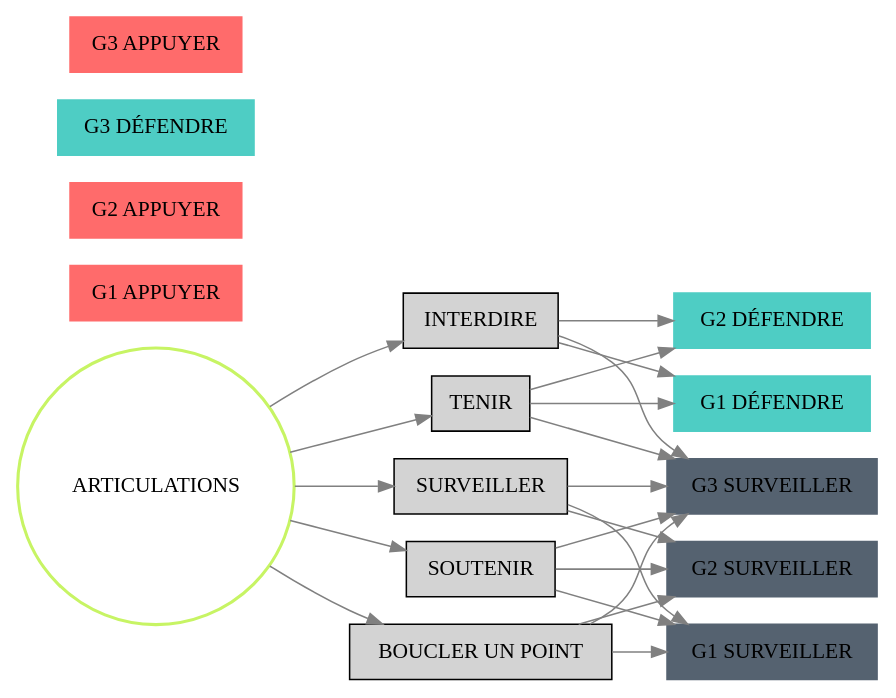
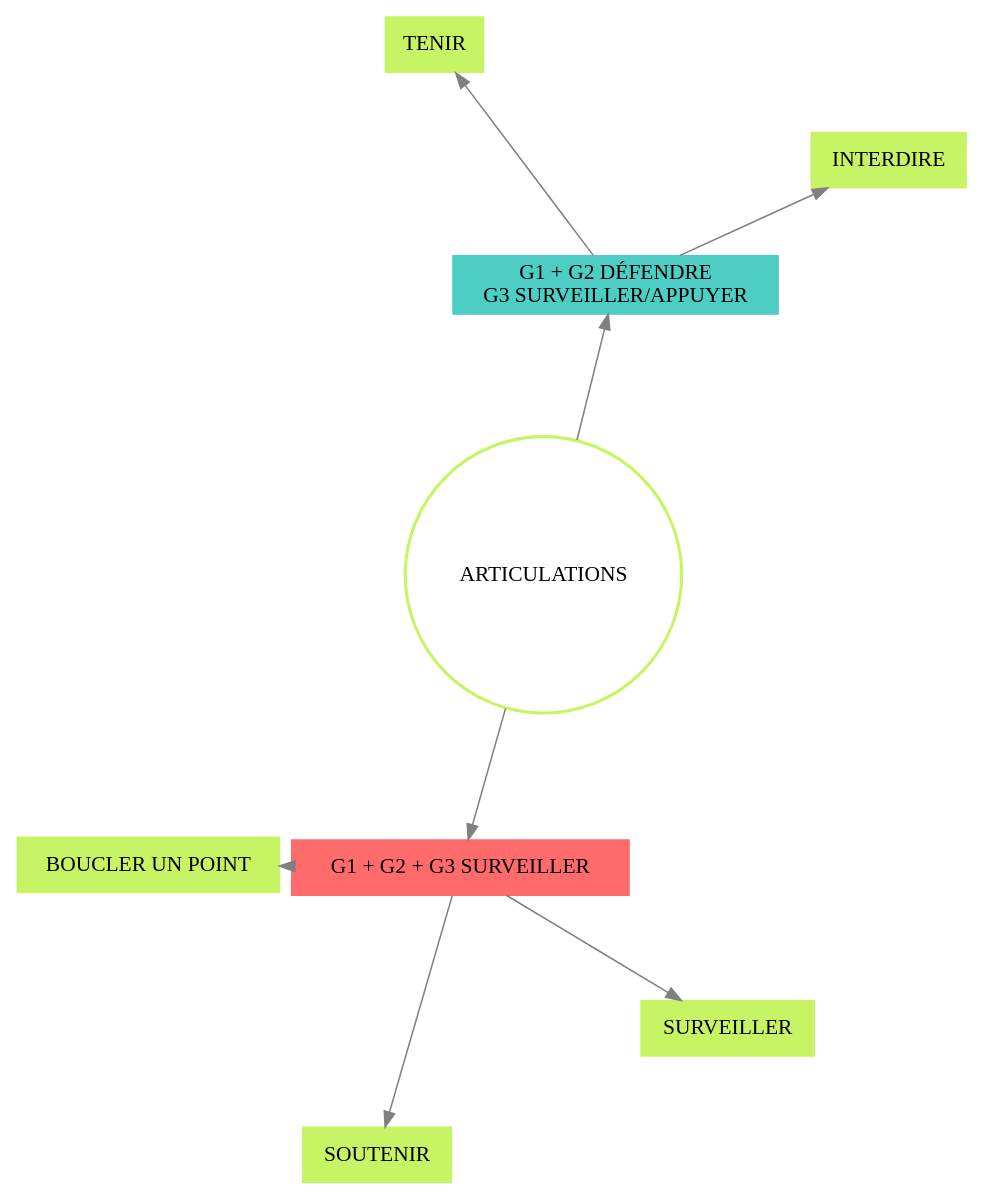
Before and after one commit to FG-2/FG-2.github.io: the diagram in Combat/Section proterre/Missions/01_articulations.dot, drawn with Graphviz. The commit also changed 11 other files, not shown here.

```diff
--- a/Combat/Section proterre/Missions/01_articulations.dot
+++ b/Combat/Section proterre/Missions/01_articulations.dot
@@ -1,38 +1,28 @@
 digraph {
 
-    graph [ layout = dot, rankdir = "LR"]
+    graph [ layout = neato, overlap=false]
     node [shape = rectangle, style = bold]
     edge [color = grey]
     
     ARTICULATIONS [shape = circle, color = "#C7F464"]
     
     node [style = filled]
-    // GOLF 1
-    "G1 DÉFENDRE"       [ color = "#4ECDC4"]
-    "G1 APPUYER"        [ color = "#FF6B6B"]
-    "G1 SURVEILLER"     [ color = "#556270"]
     
     // GOLF 2
-    "G2 DÉFENDRE"       [ color = "#4ECDC4"]
-    "G2 APPUYER"        [ color = "#FF6B6B"]
-    "G2 SURVEILLER"     [ color = "#556270"]
+    "G1 + G2 DÉFENDRE\nG3 SURVEILLER/APPUYER"   [ color = "#4ECDC4"]
+    "G1 + G2 + G3 SURVEILLER"                   [ color = "#FF6B6B"]
     
-    // GOLF 3
-    "G3 DÉFENDRE"       [ color = "#4ECDC4"]
-    "G3 APPUYER"        [ color = "#FF6B6B"]
-    "G3 SURVEILLER"     [ color = "#556270"]
+    ARTICULATIONS -> "G1 + G2 DÉFENDRE\nG3 SURVEILLER/APPUYER"
+    ARTICULATIONS -> "G1 + G2 + G3 SURVEILLER"
     
-    ARTICULATIONS -> TENIR
-    ARTICULATIONS -> INTERDIRE
-    ARTICULATIONS -> SURVEILLER
-    ARTICULATIONS -> SOUTENIR
-    ARTICULATIONS -> "BOUCLER UN POINT"
+    "G1 + G2 DÉFENDRE\nG3 SURVEILLER/APPUYER"   -> TENIR, INTERDIRE
+    "G1 + G2 + G3 SURVEILLER"                   -> "BOUCLER UN POINT", SOUTENIR, SURVEILLER
     
-    TENIR               -> "G1 DÉFENDRE", "G2 DÉFENDRE", "G3 SURVEILLER"
-    INTERDIRE           -> "G1 DÉFENDRE", "G2 DÉFENDRE", "G3 SURVEILLER"
-    SURVEILLER          -> "G1 SURVEILLER", "G2 SURVEILLER", "G3 SURVEILLER"
-    SOUTENIR            -> "G1 SURVEILLER", "G2 SURVEILLER", "G3 SURVEILLER"
-    "BOUCLER UN POINT"  -> "G1 SURVEILLER", "G2 SURVEILLER", "G3 SURVEILLER"
+    TENIR               [ color = "#C7F464" ]
+    INTERDIRE           [ color = "#C7F464" ]
+    SURVEILLER          [ color = "#C7F464" ]
+    SOUTENIR            [ color = "#C7F464" ]
+    "BOUCLER UN POINT"  [ color = "#C7F464" ]
     
     
 }
```
